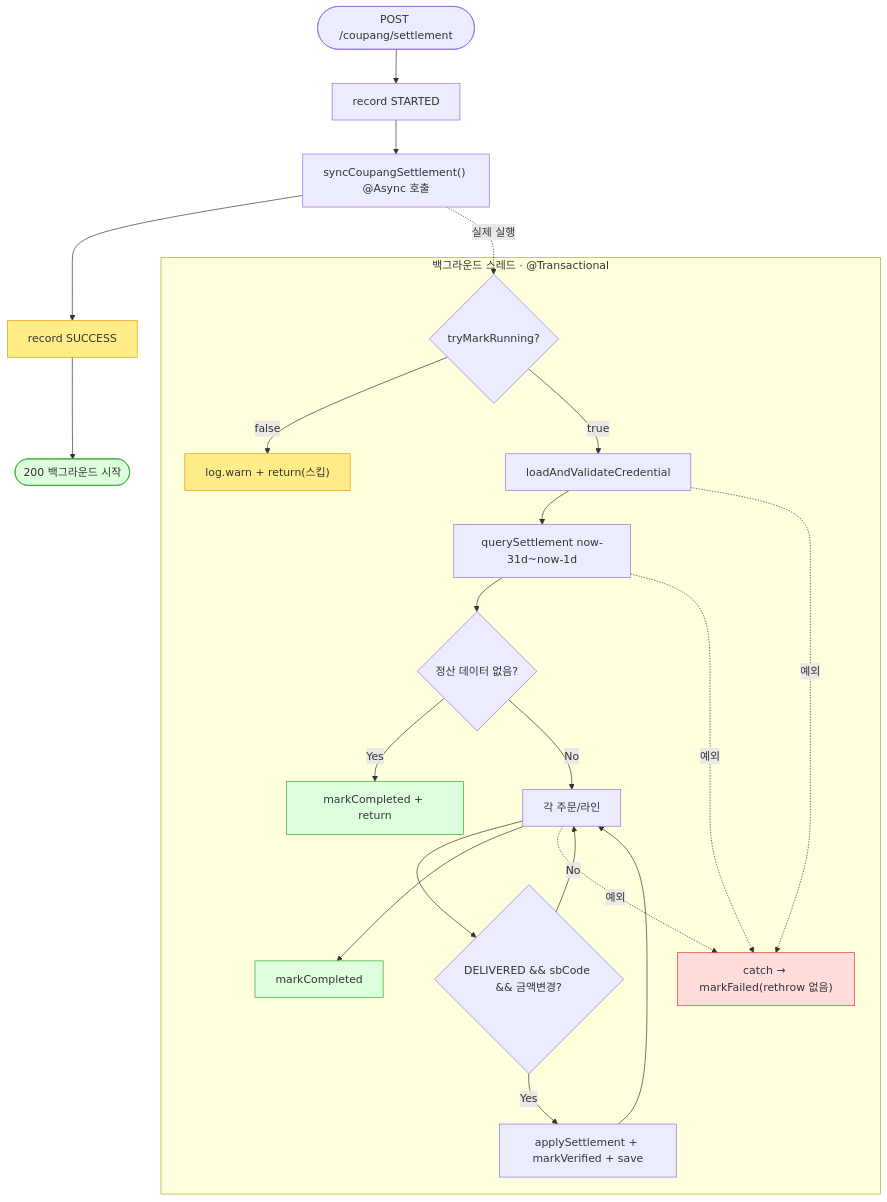
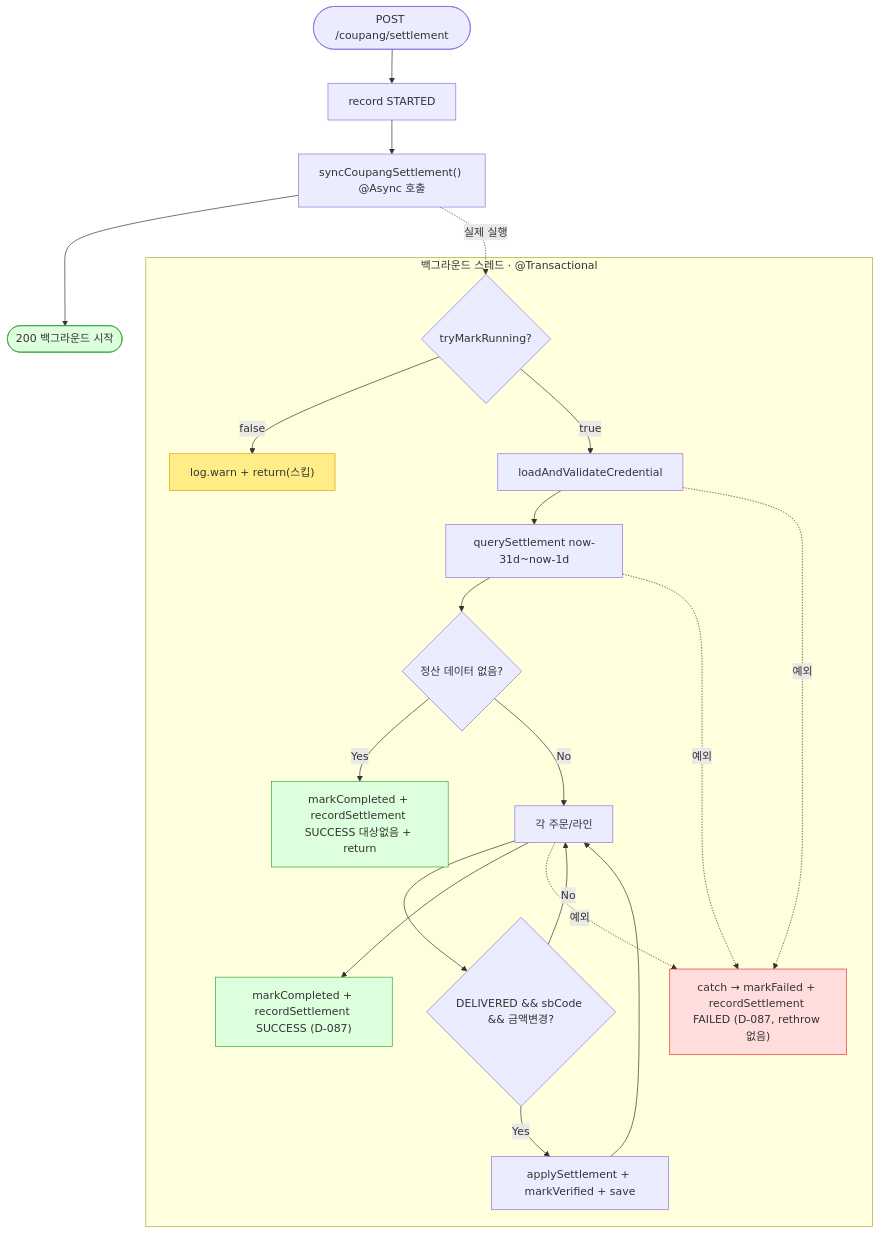
The third of 3 diagrams in docs/api-analysis-2nd/order-sync/coupang-settlement.md (goottjason/sbshop-agent), drawn with Mermaid before and after one commit. The commit also changed other lines of this file and 5 other files, not shown here.

````diff
--- a/docs/api-analysis-2nd/order-sync/coupang-settlement.md
+++ b/docs/api-analysis-2nd/order-sync/coupang-settlement.md
@@ -115,30 +120,29 @@
 ```mermaid
 flowchart TD
     START([POST /coupang/settlement]) --> REC1[record STARTED]
     REC1 --> ASYNC["syncCoupangSettlement() @Async 호출"]
-    ASYNC --> REC2[record SUCCESS]:::warn
-    REC2 --> OK([200 백그라운드 시작]):::ok
+    ASYNC --> OK([200 백그라운드 시작]):::ok
 
     subgraph BG[백그라운드 스레드 · @Transactional]
       CLAIM{tryMarkRunning?}
       CLAIM -- false --> SKIP["log.warn + return(스킵)"]:::warn
       CLAIM -- true --> CRED[loadAndValidateCredential]
       CRED --> QRY[querySettlement now-31d~now-1d]
       QRY --> EMPTY{정산 데이터 없음?}
-      EMPTY -- Yes --> MC1[markCompleted + return]:::ok
+      EMPTY -- Yes --> MC1["markCompleted + recordSettlement SUCCESS 대상없음 + return"]:::ok
       EMPTY -- No --> LOOP[각 주문/라인]
       LOOP --> DLV{DELIVERED &amp;&amp; sbCode &amp;&amp; 금액변경?}
       DLV -- No --> LOOP
       DLV -- Yes --> UPD[applySettlement + markVerified + save]
       UPD --> LOOP
-      LOOP --> MC2[markCompleted]:::ok
-      CRED -.예외.-> MF["catch → markFailed(rethrow 없음)"]:::err
+      LOOP --> MC2["markCompleted + recordSettlement SUCCESS (D-087)"]:::ok
+      CRED -.예외.-> MF["catch → markFailed + recordSettlement FAILED (D-087, rethrow 없음)"]:::err
       QRY -.예외.-> MF
       LOOP -.예외.-> MF
     end
     ASYNC -.실제 실행.-> CLAIM
 
     classDef ok fill:#dfd,stroke:#3a3;
     classDef warn fill:#fe8,stroke:#e90;
     classDef err fill:#fdd,stroke:#e33;
 ```
````
